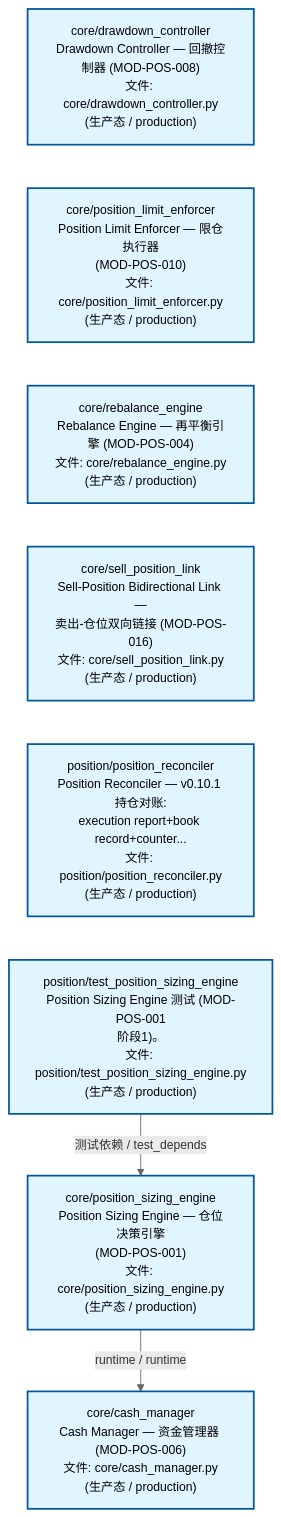
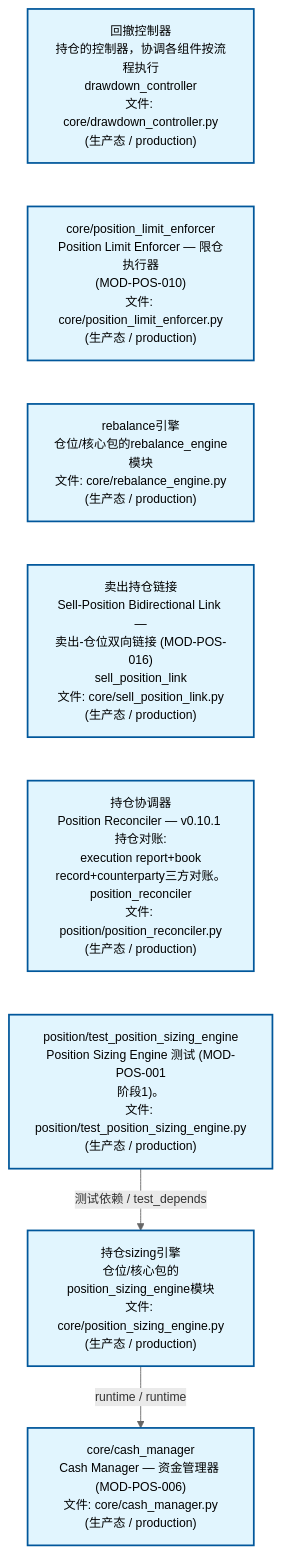
Before and after one commit to xuanFelixVan/ZephyrAlpha: the second of 4 diagrams in docs/02_enterprise_architecture/02_domain_architecture_docs/64_d_position.md, drawn with Mermaid. The commit also changed other lines of this file and 54 other files, not shown here.

````diff
--- a/docs/02_enterprise_architecture/02_domain_architecture_docs/64_d_position.md
+++ b/docs/02_enterprise_architecture/02_domain_architecture_docs/64_d_position.md
@@ -118,24 +118,24 @@
 ```mermaid
 %%{init: {'theme': 'base', 'themeVariables': {'primaryColor': '#eaeaea', 'primaryTextColor': '#333333', 'primaryBorderColor': '#666666', 'lineColor': '#666666', 'secondaryColor': '#eaeaea', 'tertiaryColor': '#eaeaea', 'fontSize': '14px'}}}%%
 flowchart TD
-    src_zephyr_position_core_drawdown_controller_py["core/drawdown_controller<br/>Drawdown Controller — 回撤控制器 (MOD-POS-008)<br/>文件: core/drawdown_controller.py<br/>(生产态 / production)"]
+    src_zephyr_position_core_drawdown_controller_py["回撤控制器<br/>持仓的控制器，协调各组件按流程执行<br/>drawdown_controller<br/>文件: core/drawdown_controller.py<br/>(生产态 / production)"]
     src_zephyr_position_core_position_limit_enforcer_py["core/position_limit_enforcer<br/>Position Limit Enforcer — 限仓执行器<br/>(MOD-POS-010)<br/>文件: core/position_limit_enforcer.py<br/>(生产态 / production)"]
-    src_zephyr_position_core_rebalance_engine_py["core/rebalance_engine<br/>Rebalance Engine — 再平衡引擎 (MOD-POS-004)<br/>文件: core/rebalance_engine.py<br/>(生产态 / production)"]
-    src_zephyr_position_core_sell_position_link_py["core/sell_position_link<br/>Sell-Position Bidirectional Link —<br/>卖出-仓位双向链接 (MOD-POS-016)<br/>文件: core/sell_position_link.py<br/>(生产态 / production)"]
-    src_zephyr_position_position_reconciler_py["position/position_reconciler<br/>Position Reconciler — v0.10.1 持仓对账:<br/>execution report+book record+counter...<br/>文件: position/position_reconciler.py<br/>(生产态 / production)"]
+    src_zephyr_position_core_rebalance_engine_py["rebalance引擎<br/>仓位/核心包的rebalance_engine模块<br/>文件: core/rebalance_engine.py<br/>(生产态 / production)"]
+    src_zephyr_position_core_sell_position_link_py["卖出持仓链接<br/>Sell-Position Bidirectional Link —<br/>卖出-仓位双向链接 (MOD-POS-016)<br/>sell_position_link<br/>文件: core/sell_position_link.py<br/>(生产态 / production)"]
+    src_zephyr_position_position_reconciler_py["持仓协调器<br/>Position Reconciler — v0.10.1 持仓对账:<br/>execution report+book<br/>record+counterparty三方对账。<br/>position_reconciler<br/>文件: position/position_reconciler.py<br/>(生产态 / production)"]
     tests_position_test_position_sizing_engine_py["position/test_position_sizing_engine<br/>Position Sizing Engine 测试 (MOD-POS-001<br/>阶段1)。<br/>文件: position/test_position_sizing_engine.py<br/>(生产态 / production)"]
     src_zephyr_position_core_drawdown_controller_py ~~~ src_zephyr_position_core_position_limit_enforcer_py
     src_zephyr_position_core_position_limit_enforcer_py ~~~ src_zephyr_position_core_rebalance_engine_py
     src_zephyr_position_core_rebalance_engine_py ~~~ src_zephyr_position_core_sell_position_link_py
     src_zephyr_position_core_sell_position_link_py ~~~ src_zephyr_position_position_reconciler_py
     src_zephyr_position_position_reconciler_py ~~~ tests_position_test_position_sizing_engine_py
-    src_zephyr_position_core_position_sizing_engine_py["core/position_sizing_engine<br/>Position Sizing Engine — 仓位决策引擎<br/>(MOD-POS-001)<br/>文件: core/position_sizing_engine.py<br/>(生产态 / production)"]
+    src_zephyr_position_core_position_sizing_engine_py["持仓sizing引擎<br/>仓位/核心包的position_sizing_engine模块<br/>文件: core/position_sizing_engine.py<br/>(生产态 / production)"]
     src_zephyr_position_core_cash_manager_py["core/cash_manager<br/>Cash Manager — 资金管理器 (MOD-POS-006)<br/>文件: core/cash_manager.py<br/>(生产态 / production)"]
     src_zephyr_position_core_position_sizing_engine_py -->|runtime / runtime| src_zephyr_position_core_cash_manager_py
     tests_position_test_position_sizing_engine_py -->|测试依赖 / test_depends| src_zephyr_position_core_position_sizing_engine_py
     classDef production fill:#e1f5fe,stroke:#01579b,stroke-width:2px,color:#000
     classDef design fill:#fff3e0,stroke:#e65100,stroke-width:2px,color:#000,stroke-dasharray: 5 5
     classDef external_prod fill:#e8f4fd,stroke:#0277bd,stroke-width:1px,color:#000
     classDef external_design fill:#fff8e7,stroke:#ef6c00,stroke-width:1px,color:#000,stroke-dasharray: 5 5
     class src_zephyr_position_core_cash_manager_py,src_zephyr_position_core_drawdown_controller_py,src_zephyr_position_core_position_limit_enforcer_py,src_zephyr_position_core_position_sizing_engine_py,src_zephyr_position_core_rebalance_engine_py,src_zephyr_position_core_sell_position_link_py,src_zephyr_position_position_reconciler_py,tests_position_test_position_sizing_engine_py production
 ```
````
